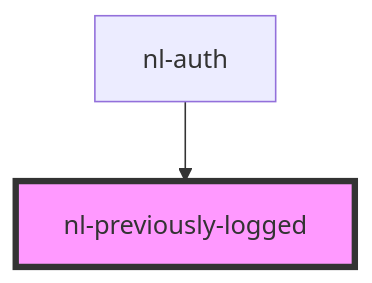
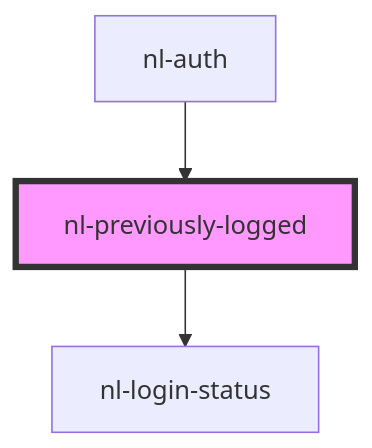
The diagram in packages/components/src/components/nl-previously-logged/readme.md (nostrband/nostr-login), drawn with Mermaid before and after one commit. The commit also changed other lines of this file and 12 other files, not shown here.

Commit message:
Fix texts, make nl-login-status, show extension under advanced if not available, fix nip05 reuse from profile

````diff
--- a/packages/components/src/components/nl-previously-logged/readme.md
+++ b/packages/components/src/components/nl-previously-logged/readme.md
@@ -29,5 +33,6 @@
 ```mermaid
 graph TD;
+  nl-previously-logged --> nl-login-status
   nl-auth --> nl-previously-logged
   style nl-previously-logged fill:#f9f,stroke:#333,stroke-width:4px
 ```
````
